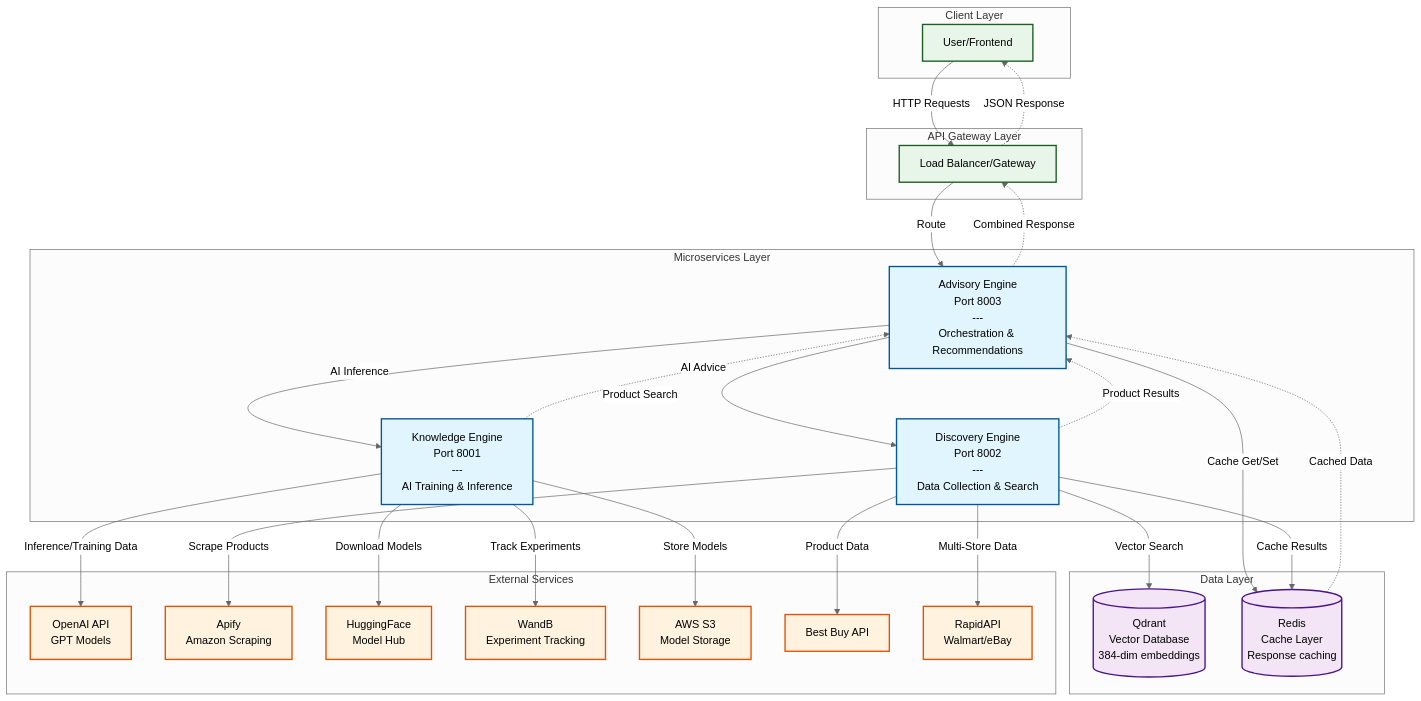
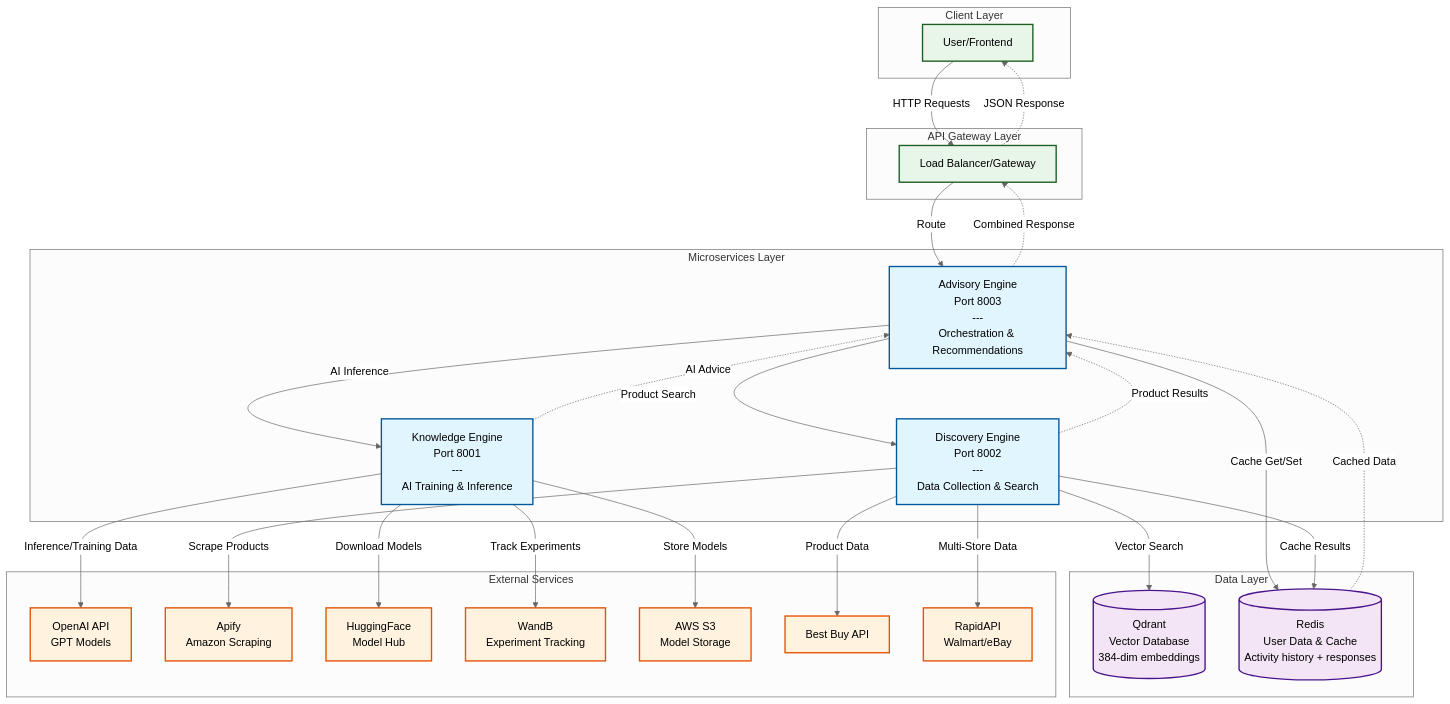
The diagram in README.md (Yasserelhaddar/ShopSense-AI), drawn with Mermaid (neutral theme) before and after one commit. The commit also changed other lines of this file, not shown here.

First line of the commit message:
docs: update README with activity tracking and user profiles

````diff
--- a/README.md
+++ b/README.md
@@ -30,71 +32,71 @@
 ```mermaid
 graph TB
     subgraph "Client Layer"
         User[User/Frontend]
     end
 
     subgraph "API Gateway Layer"
         Gateway[Load Balancer/Gateway]
     end
 
     subgraph "Microservices Layer"
         Advisory[Advisory Engine<br/>Port 8003<br/>---<br/>Orchestration & Recommendations]
         Discovery[Discovery Engine<br/>Port 8002<br/>---<br/>Data Collection & Search]
         Knowledge[Knowledge Engine<br/>Port 8001<br/>---<br/>AI Training & Inference]
     end
 
     subgraph "Data Layer"
         Qdrant[(Qdrant<br/>Vector Database<br/>384-dim embeddings)]
-        Redis[(Redis<br/>Cache Layer<br/>Response caching)]
+        Redis[(Redis<br/>User Data & Cache<br/>Activity history + responses)]
     end
 
     subgraph "External Services"
         OpenAI[OpenAI API<br/>GPT Models]
         Apify[Apify<br/>Amazon Scraping]
         HuggingFace[HuggingFace<br/>Model Hub]
         WandB[WandB<br/>Experiment Tracking]
         S3[AWS S3<br/>Model Storage]
         BestBuy[Best Buy API]
         RapidAPI[RapidAPI<br/>Walmart/eBay]
     end
 
     %% User Flow
     User -->|HTTP Requests| Gateway
     Gateway -->|Route| Advisory
 
     %% Advisory Engine Connections
     Advisory -->|Product Search| Discovery
     Advisory -->|AI Inference| Knowledge
     Advisory -->|Cache Get/Set| Redis
 
     %% Discovery Engine Connections
     Discovery -->|Vector Search| Qdrant
     Discovery -->|Scrape Products| Apify
     Discovery -->|Product Data| BestBuy
     Discovery -->|Multi-Store Data| RapidAPI
     Discovery -->|Cache Results| Redis
 
     %% Knowledge Engine Connections
     Knowledge -->|Inference/Training Data| OpenAI
     Knowledge -->|Download Models| HuggingFace
     Knowledge -->|Track Experiments| WandB
     Knowledge -->|Store Models| S3
 
     %% Response Flow
     Discovery -.->|Product Results| Advisory
     Knowledge -.->|AI Advice| Advisory
     Redis -.->|Cached Data| Advisory
     Advisory -.->|Combined Response| Gateway
     Gateway -.->|JSON Response| User
 
     %% Styling
     classDef serviceStyle fill:#e1f5fe,stroke:#01579b,stroke-width:2px
     classDef dbStyle fill:#f3e5f5,stroke:#4a148c,stroke-width:2px
     classDef externalStyle fill:#fff3e0,stroke:#e65100,stroke-width:2px
     classDef userStyle fill:#e8f5e9,stroke:#1b5e20,stroke-width:2px
 
     class Advisory,Discovery,Knowledge serviceStyle
     class Qdrant,Redis dbStyle
     class OpenAI,Apify,HuggingFace,WandB,S3,BestBuy,RapidAPI externalStyle
     class User,Gateway userStyle
 ```
````
